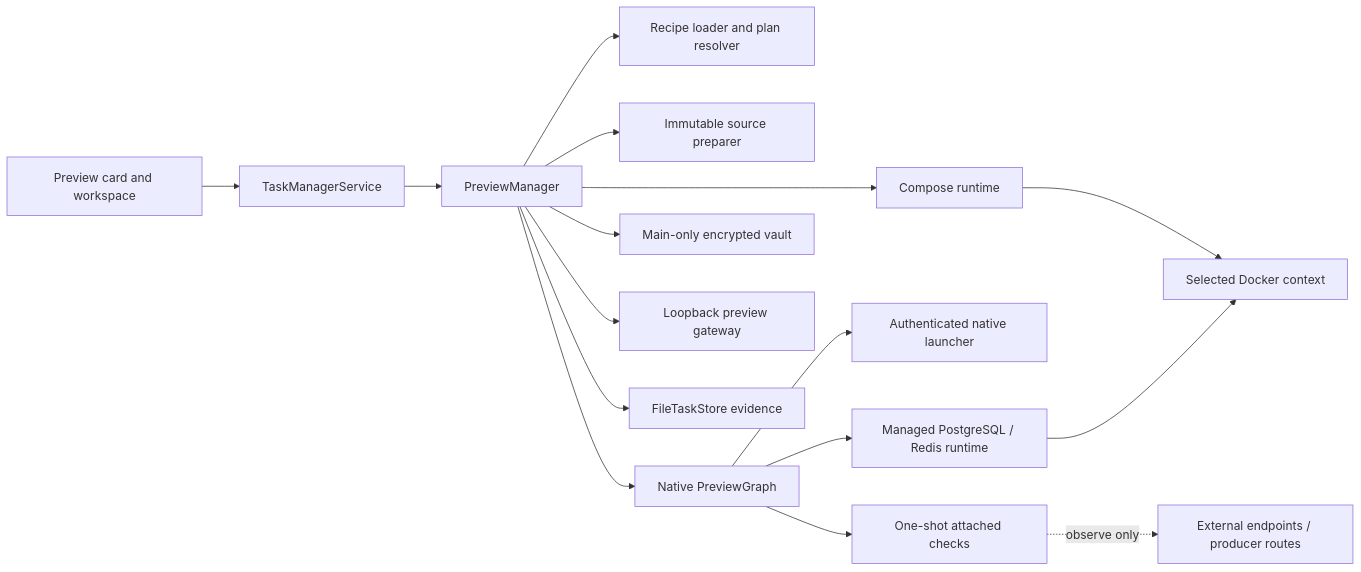
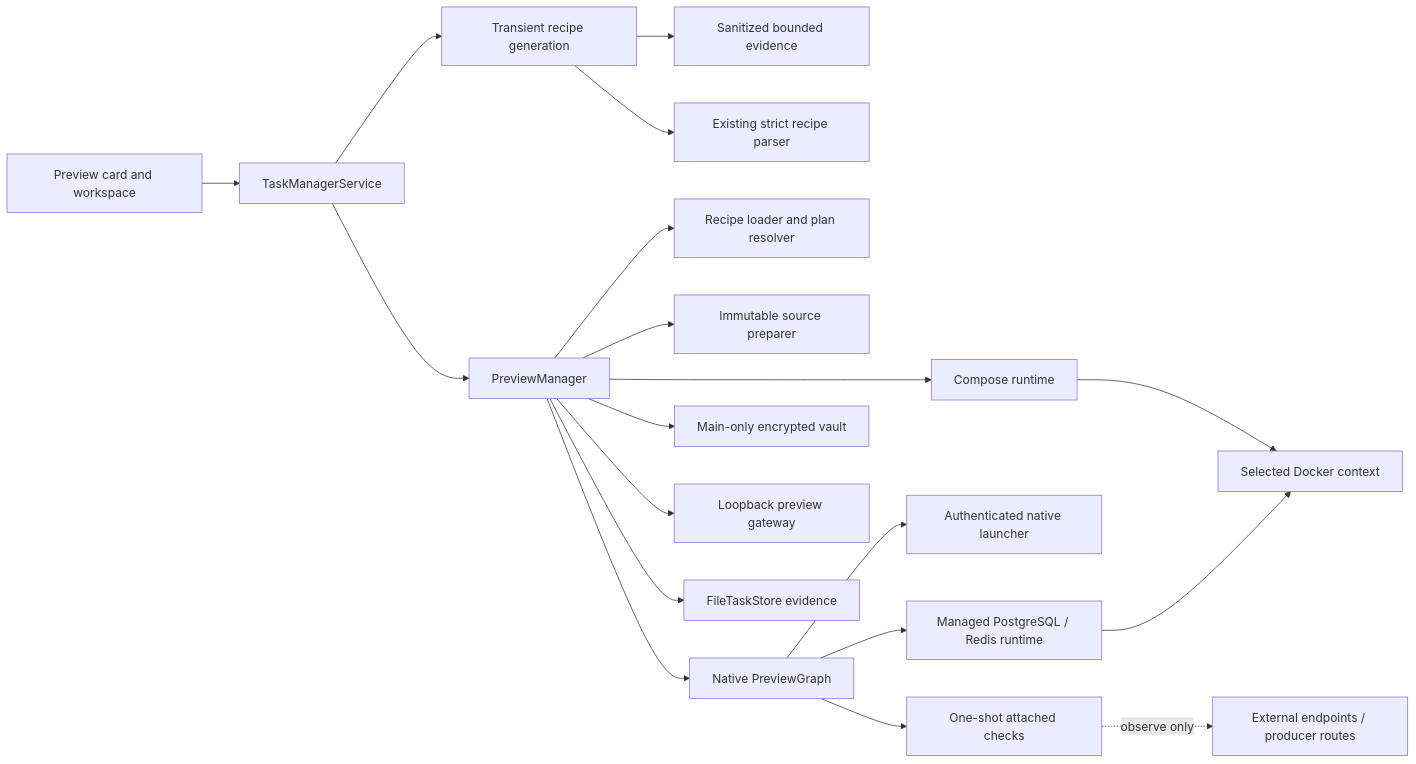
The diagram in docs/architecture/PREVIEW_ARCHITECTURE.md (RojhatToptamus/task-monki), drawn with Mermaid before and after one commit. The commit also changed other lines of this file and 33 other files, not shown here.

````diff
--- a/docs/architecture/PREVIEW_ARCHITECTURE.md
+++ b/docs/architecture/PREVIEW_ARCHITECTURE.md
@@ -60,18 +62,21 @@
 ```mermaid
 flowchart LR
   UI["Preview card and workspace"] --> Service["TaskManagerService"]
+  Service --> Draft["Transient recipe generation"]
+  Draft --> Evidence["Sanitized bounded evidence"]
+  Draft --> Parser["Existing strict recipe parser"]
   Service --> Manager["PreviewManager"]
   Manager --> Recipe["Recipe loader and plan resolver"]
   Manager --> Source["Immutable source preparer"]
   Manager --> Graph["Native PreviewGraph"]
   Manager --> Compose["Compose runtime"]
   Manager --> Vault["Main-only encrypted vault"]
   Graph --> Native["Authenticated native launcher"]
   Graph --> Managed["Managed PostgreSQL / Redis runtime"]
   Graph --> Attached["One-shot attached checks"]
   Manager --> Gateway["Loopback preview gateway"]
   Manager --> Store["FileTaskStore evidence"]
   Compose --> Engine["Selected Docker context"]
   Managed --> Engine
   Attached -. "observe only" .-> External["External endpoints / producer routes"]
 ```
````
